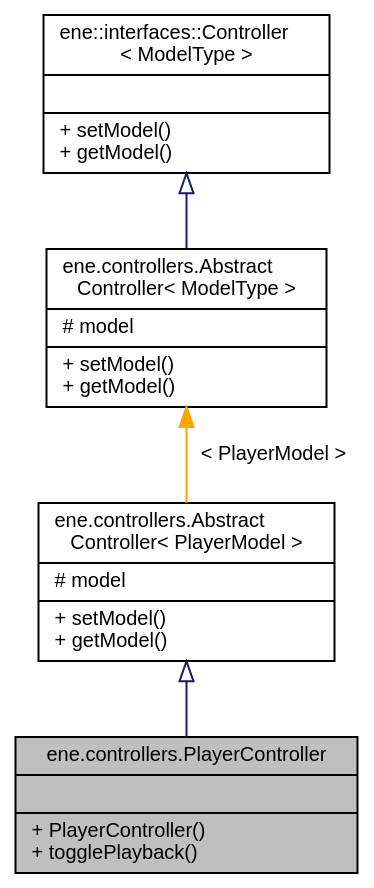
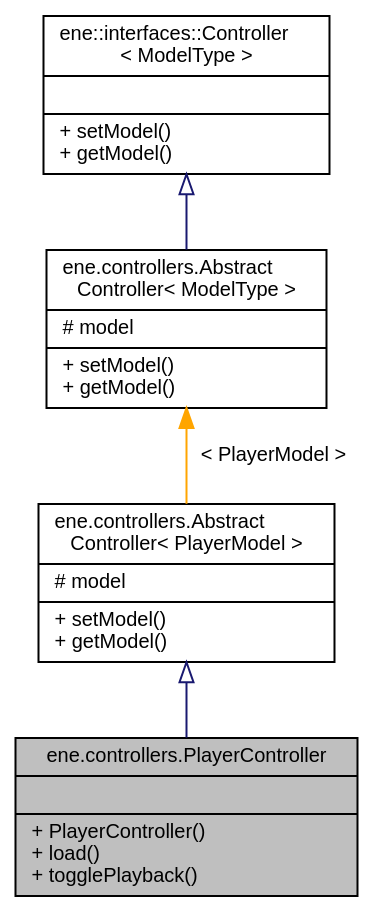
One commit to vivi90/ene changed the diagram in docs/classene_1_1controllers_1_1PlayerController__inherit__graph.dot. Above: the diagram before and after it, drawn with Graphviz. The commit also changed 205 other files, not shown here.

```diff
--- a/docs/classene_1_1controllers_1_1PlayerController__inherit__graph.dot
+++ b/docs/classene_1_1controllers_1_1PlayerController__inherit__graph.dot
@@ -1,13 +1,13 @@
 digraph "ene.controllers.PlayerController"
 {
   bgcolor="transparent";
   edge [fontname="Helvetica",fontsize="10",labelfontname="Helvetica",labelfontsize="10"];
   node [fontname="Helvetica",fontsize="10",shape=record];
-  Node0 [label="{ene.controllers.PlayerController\n||+ PlayerController()\l+ togglePlayback()\l}",height=0.2,width=0.4,color="black", fillcolor="grey75", style="filled", fontcolor="black"];
+  Node0 [label="{ene.controllers.PlayerController\n||+ PlayerController()\l+ load()\l+ togglePlayback()\l}",height=0.2,width=0.4,color="black", fillcolor="grey75", style="filled", fontcolor="black"];
   Node1 -> Node0 [dir="back",color="midnightblue",fontsize="10",style="solid",arrowtail="onormal",fontname="Helvetica"];
   Node1 [label="{ene.controllers.Abstract\lController\< PlayerModel \>\n|# model\l|+ setModel()\l+ getModel()\l}",height=0.2,width=0.4,color="black",URL="$classene_1_1controllers_1_1AbstractController.html"];
   Node2 -> Node1 [dir="back",color="orange",fontsize="10",style="solid",label=" \< PlayerModel \>" ,fontname="Helvetica"];
   Node2 [label="{ene.controllers.Abstract\lController\< ModelType \>\n|# model\l|+ setModel()\l+ getModel()\l}",height=0.2,width=0.4,color="black",URL="$classene_1_1controllers_1_1AbstractController.html"];
   Node3 -> Node2 [dir="back",color="midnightblue",fontsize="10",style="solid",arrowtail="onormal",fontname="Helvetica"];
   Node3 [label="{ene::interfaces::Controller\l\< ModelType \>\n||+ setModel()\l+ getModel()\l}",height=0.2,width=0.4,color="black",URL="$interfaceene_1_1interfaces_1_1Controller.html"];
 }
```
